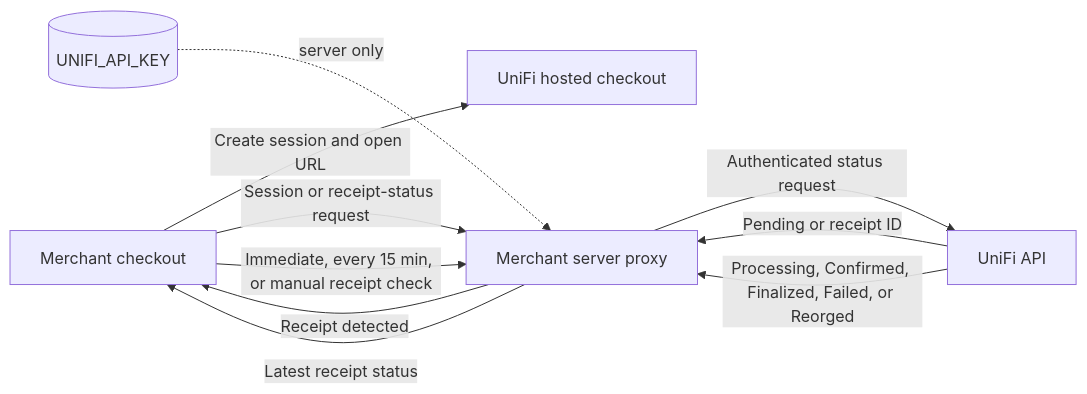
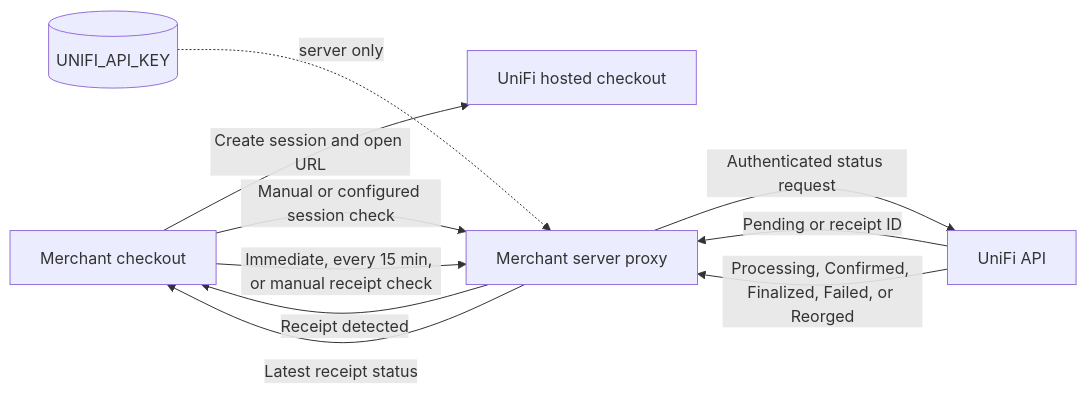
One commit to abhi3700/unifi-docs changed the diagram in payment-gateway/overview.mdx. Above: the diagram before and after it, drawn with Mermaid. The commit also changed other lines of this file and 5 other files, not shown here.

Commit message:
doc feat: add auto-pay-status check at waiting for pay UI

````diff
--- a/payment-gateway/overview.mdx
+++ b/payment-gateway/overview.mdx
@@ -48,12 +48,12 @@
 ```mermaid
 flowchart LR
     Browser[Merchant checkout] -->|Create session and open URL| Checkout[UniFi hosted checkout]
-    Browser -->|Session or receipt-status request| Proxy[Merchant server proxy]
+    Browser -->|Manual or configured session check| Proxy[Merchant server proxy]
     Secret[(UNIFI_API_KEY)] -. server only .-> Proxy
     Proxy -->|Authenticated status request| API[UniFi API]
     API -->|Pending or receipt ID| Proxy
     Proxy -->|Receipt detected| Browser
     Browser -->|Immediate, every 15 min, or manual receipt check| Proxy
     API -->|Processing, Confirmed, Finalized, Failed, or Reorged| Proxy
     Proxy -->|Latest receipt status| Browser
 ```
````
